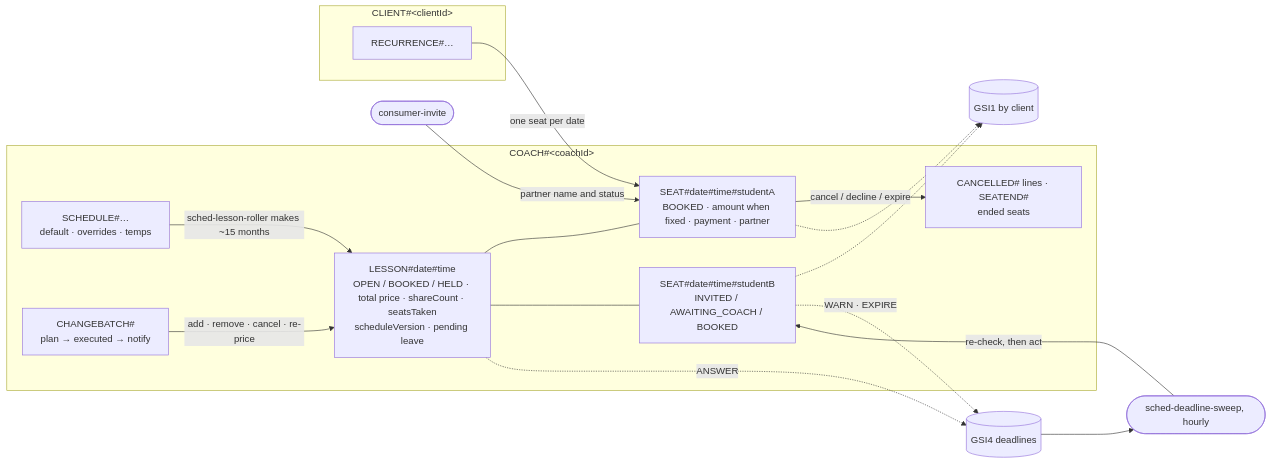
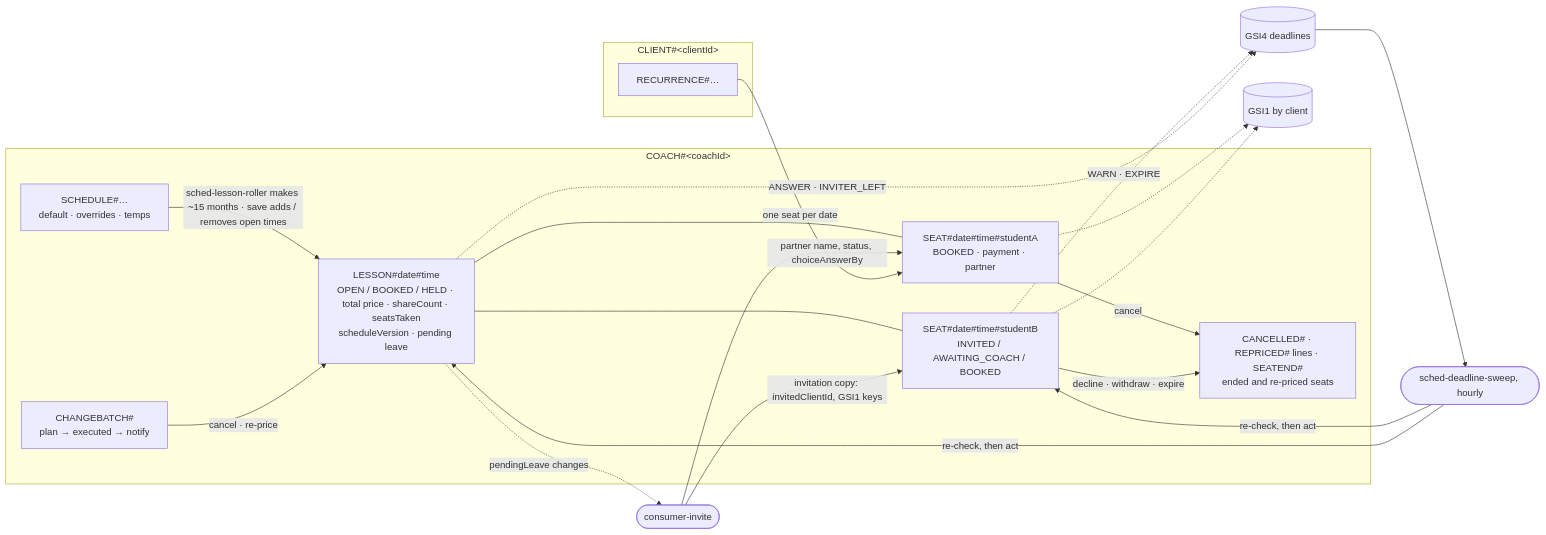
The first of 2 diagrams in docs/adr/ADR-031-lessons-and-seats.md (jessicamvega6/bladebook), drawn with Mermaid before and after one commit. The commit also changed other lines of this file and 30 other files, not shown here.

````diff
--- a/docs/adr/ADR-031-lessons-and-seats.md
+++ b/docs/adr/ADR-031-lessons-and-seats.md
@@ -432,31 +463,35 @@
 ```mermaid
 flowchart LR
   subgraph coach["COACH#&lt;coachId&gt;"]
     sched["SCHEDULE#…<br/>default · overrides · temps"]
     lesson["LESSON#date#time<br/>OPEN / BOOKED / HELD · total price · shareCount · seatsTaken<br/>scheduleVersion · pending leave"]
-    seatA["SEAT#date#time#studentA<br/>BOOKED · amount when fixed · payment · partner"]
+    seatA["SEAT#date#time#studentA<br/>BOOKED · payment · partner"]
     seatB["SEAT#date#time#studentB<br/>INVITED / AWAITING_COACH / BOOKED"]
-    ended["CANCELLED# lines · SEATEND#<br/>ended seats"]
+    ended["CANCELLED# · REPRICED# lines · SEATEND#<br/>ended and re-priced seats"]
     batch["CHANGEBATCH#<br/>plan → executed → notify"]
-    sched -->|"sched-lesson-roller makes ~15 months"| lesson
+    sched -->|"sched-lesson-roller makes ~15 months · save adds / removes open times"| lesson
     lesson --- seatA
     lesson --- seatB
-    seatA -->|"cancel / decline / expire"| ended
-    batch -->|"add · remove · cancel · re-price"| lesson
+    seatA -->|"cancel"| ended
+    seatB -->|"decline · withdraw · expire"| ended
+    batch -->|"cancel · re-price"| lesson
   end
   subgraph fam["CLIENT#&lt;clientId&gt;"]
     rec["RECURRENCE#…"]
   end
   gsi1[("GSI1 by client")]
   gsi4[("GSI4 deadlines")]
   sweep(["sched-deadline-sweep, hourly"])
   seatA -.-> gsi1
   seatB -.-> gsi1
   seatB -.->|"WARN · EXPIRE"| gsi4
-  lesson -.->|"ANSWER"| gsi4
+  lesson -.->|"ANSWER · INVITER_LEFT"| gsi4
   gsi4 --> sweep
   sweep -->|"re-check, then act"| seatB
+  sweep -->|"re-check, then act"| lesson
   inv(["consumer-invite"])
-  inv -->|"partner name and status"| seatA
+  lesson -.->|"pendingLeave changes"| inv
+  inv -->|"partner name, status, choiceAnswerBy"| seatA
+  inv -->|"invitation copy: invitedClientId, GSI1 keys"| seatB
   rec -->|"one seat per date"| seatA
 ```
````
